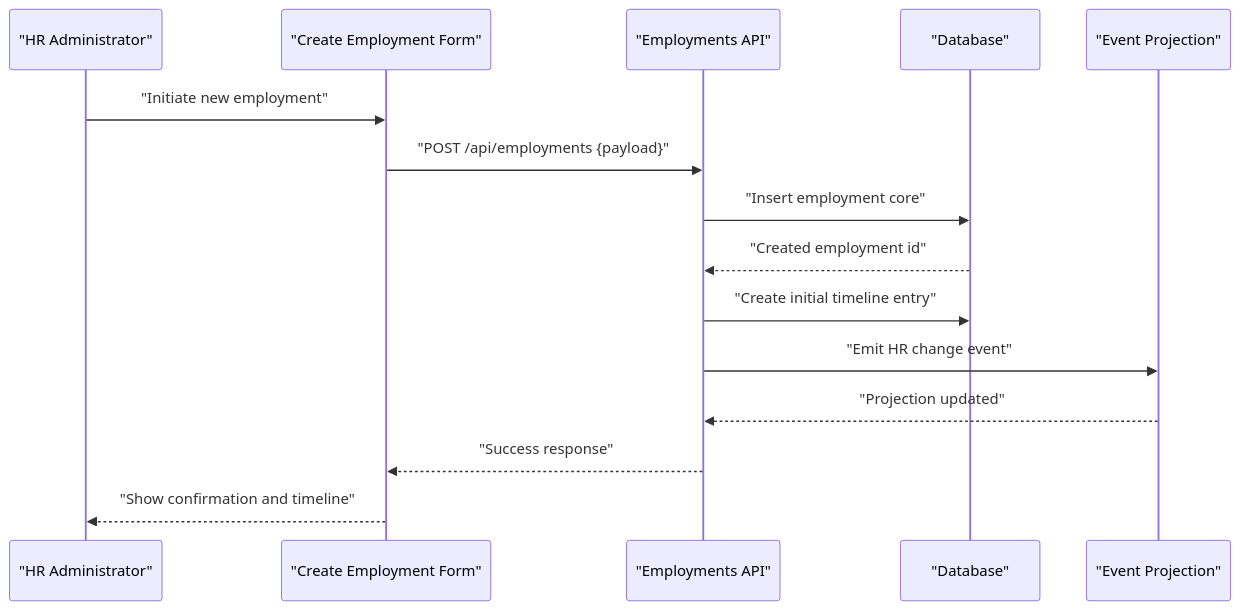
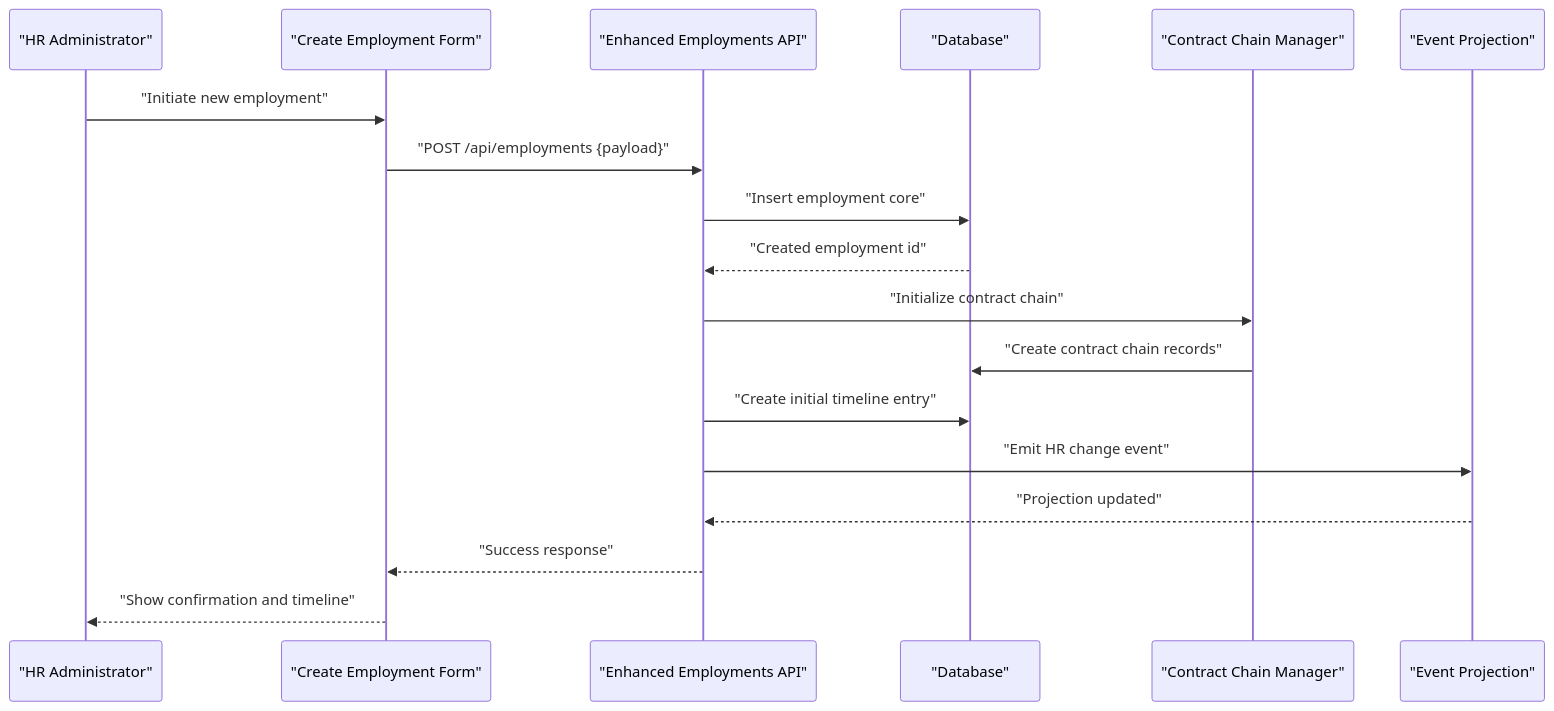
Before and after one commit to EdwinCycling/LiquidHR: the second of 9 diagrams in .qoder/repowiki/en/content/Architecture Overview/Backend Architecture/Business Logic Layer/Core HR Business Logic/Employment Lifecycle Services.md, drawn with Mermaid. The commit also changed other lines of this file and 73 other files, not shown here.

````diff
--- a/.qoder/repowiki/en/content/Architecture Overview/Backend Architecture/Business Logic Layer/Core HR Business Logic/Employment Lifecycle Services.md
+++ b/.qoder/repowiki/en/content/Architecture Overview/Backend Architecture/Business Logic Layer/Core HR Business Logic/Employment Lifecycle Services.md
@@ -156,17 +156,20 @@
 ```mermaid
 sequenceDiagram
 participant Admin as "HR Administrator"
 participant UI as "Create Employment Form"
-participant API as "Employments API"
+participant API as "Enhanced Employments API"
 participant DB as "Database"
+participant ContractChain as "Contract Chain Manager"
 participant Events as "Event Projection"
 Admin->>UI : "Initiate new employment"
 UI->>API : "POST /api/employments {payload}"
 API->>DB : "Insert employment core"
 DB-->>API : "Created employment id"
+API->>ContractChain : "Initialize contract chain"
+ContractChain->>DB : "Create contract chain records"
 API->>DB : "Create initial timeline entry"
 API->>Events : "Emit HR change event"
 Events-->>API : "Projection updated"
 API-->>UI : "Success response"
 UI-->>Admin : "Show confirmation and timeline"
 ```
````
